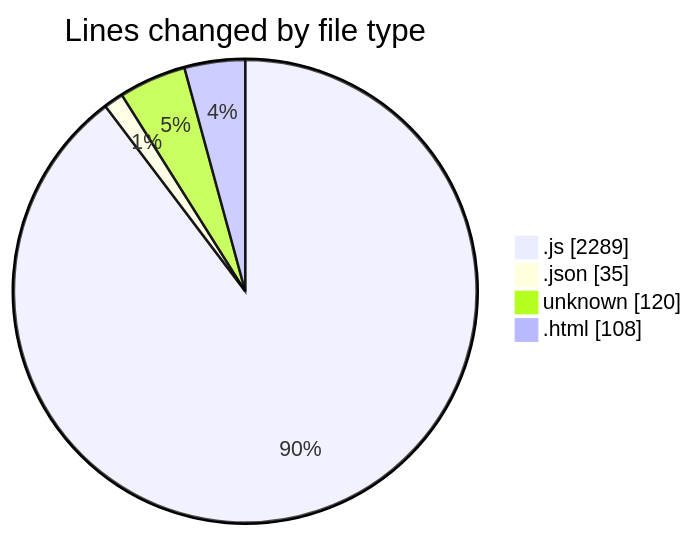
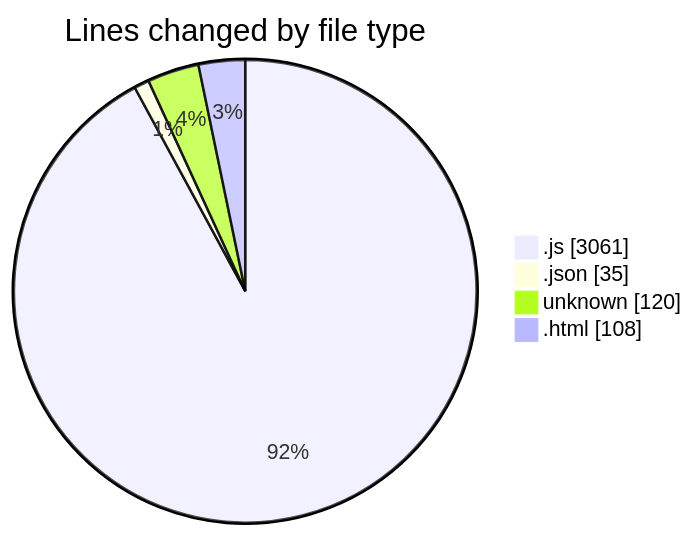
One commit to becaeroporto-bot/code-tracking changed the first of 2 diagrams in 2026-02-20/bot_i_a/README.md. Above: the diagram before and after it, drawn with Mermaid. The commit also changed other lines of this file and 1 other file, not shown here.

````diff
--- a/2026-02-20/bot_i_a/README.md
+++ b/2026-02-20/bot_i_a/README.md
@@ -41,8 +42,8 @@
 ```mermaid
 pie showData
 title Lines changed by file type
-".js" : 2289
+".js" : 3061
 ".json" : 35
 "unknown" : 120
 ".html" : 108
 ```
````
